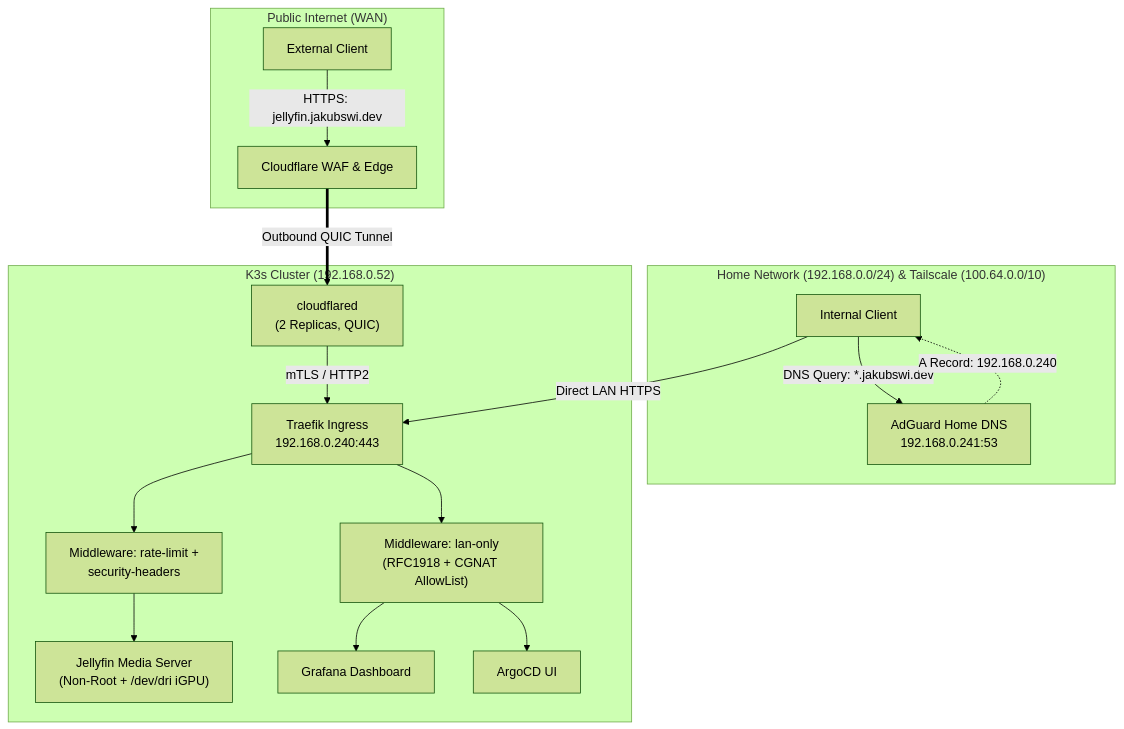
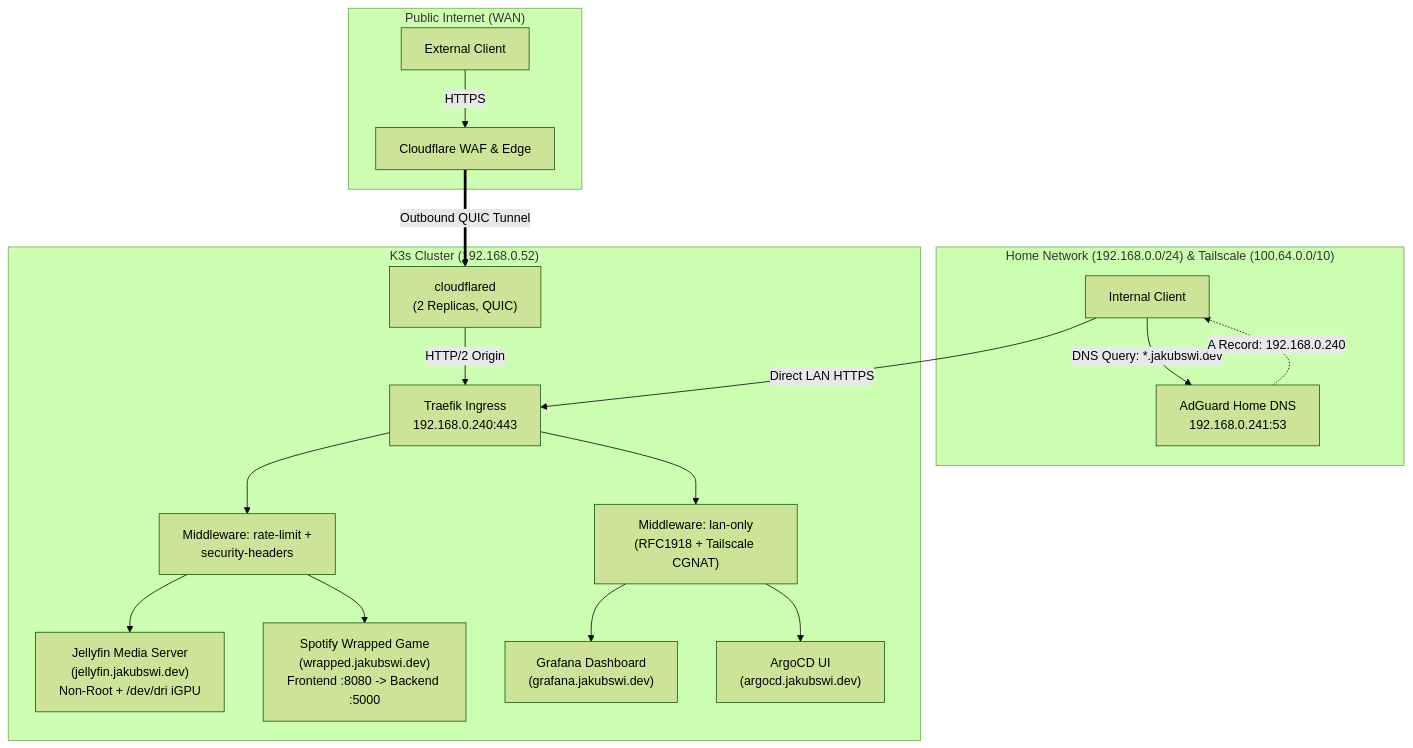
The first of 2 diagrams in README.md (jakubswi/homelab), drawn with Mermaid (forest theme) before and after one commit. The commit also changed other lines of this file, not shown here.

````diff
--- a/README.md
+++ b/README.md
@@ -11,34 +11,39 @@
 ```mermaid
 flowchart TD
     subgraph WAN["Public Internet (WAN)"]
         ExtUser["External Client"]
         CFEdge["Cloudflare WAF & Edge"]
     end
 
     subgraph LAN["Home Network (192.168.0.0/24) & Tailscale (100.64.0.0/10)"]
         IntUser["Internal Client"]
         AdGuard["AdGuard Home DNS<br/>192.168.0.241:53"]
     end
 
     subgraph K3s["K3s Cluster (192.168.0.52)"]
         Cloudflared["cloudflared<br/>(2 Replicas, QUIC)"]
         Traefik["Traefik Ingress<br/>192.168.0.240:443"]
-        MiddlewareLAN["Middleware: lan-only<br/>(RFC1918 + CGNAT AllowList)"]
+        MiddlewareLAN["Middleware: lan-only<br/>(RFC1918 + Tailscale CGNAT)"]
         MiddlewarePub["Middleware: rate-limit +<br/>security-headers"]
-        Jellyfin["Jellyfin Media Server<br/>(Non-Root + /dev/dri iGPU)"]
-        Grafana["Grafana Dashboard"]
-        ArgoCD["ArgoCD UI"]
+        Jellyfin["Jellyfin Media Server<br/>(jellyfin.jakubswi.dev)<br/>Non-Root + /dev/dri iGPU"]
+        SpotifyWrapped["Spotify Wrapped Game<br/>(wrapped.jakubswi.dev)<br/>Frontend :8080 -> Backend :5000"]
+        Grafana["Grafana Dashboard<br/>(grafana.jakubswi.dev)"]
+        ArgoCD["ArgoCD UI<br/>(argocd.jakubswi.dev)"]
     end
 
-    ExtUser -->|HTTPS: jellyfin.jakubswi.dev| CFEdge
+    ExtUser -->|HTTPS| CFEdge
     CFEdge ==>|Outbound QUIC Tunnel| Cloudflared
-    Cloudflared -->|mTLS / HTTP2| Traefik
+    Cloudflared -->|HTTP/2 Origin| Traefik
 
     IntUser -->|DNS Query: *.jakubswi.dev| AdGuard
     AdGuard -.->|A Record: 192.168.0.240| IntUser
     IntUser -->|Direct LAN HTTPS| Traefik
 
-    Traefik --> MiddlewarePub --> Jellyfin
-    Traefik --> MiddlewareLAN --> Grafana
+    Traefik --> MiddlewarePub
+    MiddlewarePub --> Jellyfin
+    MiddlewarePub --> SpotifyWrapped
+
+    Traefik --> MiddlewareLAN
+    MiddlewareLAN --> Grafana
     MiddlewareLAN --> ArgoCD
 ```
````
